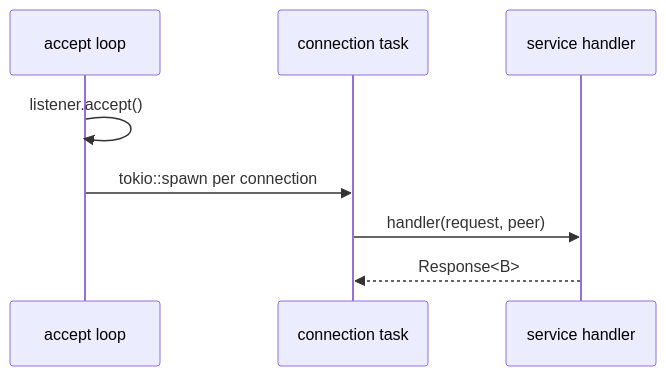
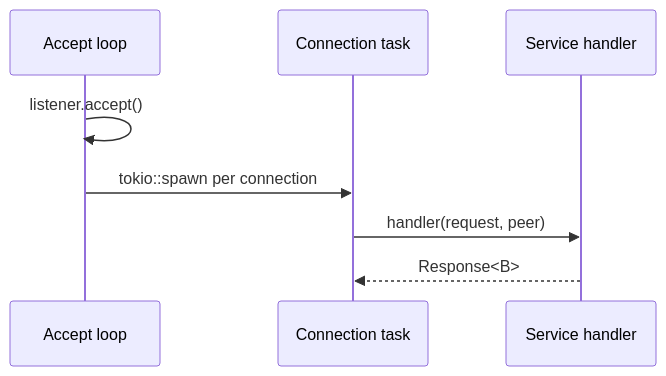
One commit to nttcom/moq-wasm changed the diagram in docs/architecture/http-server/architecture.md. Above: the diagram before and after it, drawn with Mermaid. The commit also changed other lines of this file and 99 other files, not shown here.

Commit message:
docs(architecture): simplify architecture docs for readability (#2021)

````diff
--- a/docs/architecture/http-server/architecture.md
+++ b/docs/architecture/http-server/architecture.md
@@ -35,10 +39,10 @@
 ```mermaid
 sequenceDiagram
-    participant L as accept loop
-    participant C as connection task
-    participant H as service handler
+    participant L as Accept loop
+    participant C as Connection task
+    participant H as Service handler
     L->>L: listener.accept()
     L->>C: tokio::spawn per connection
     C->>H: handler(request, peer)
     H-->>C: Response<B>
 ```
````
